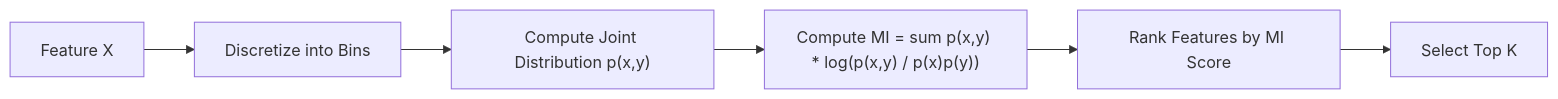
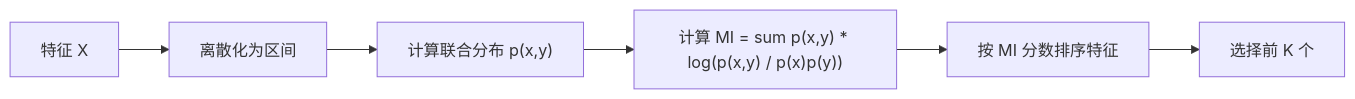
Before and after one commit to guangningsun/ailearning: the second of 4 diagrams in lessons/02-ml-fundamentals/18-feature-selection/docs/zh.md, drawn with Mermaid. The commit also changed other lines of this file and 53 other files, not shown here.

````diff
--- a/lessons/02-ml-fundamentals/18-feature-selection/docs/zh.md
+++ b/lessons/02-ml-fundamentals/18-feature-selection/docs/zh.md
@@ -89,8 +89,8 @@
 ```mermaid
 flowchart LR
-    A[Feature X] --> B[Discretize into Bins]
-    B --> C["Compute Joint Distribution p(x,y)"]
-    C --> D["Compute MI = sum p(x,y) * log(p(x,y) / p(x)p(y))"]
-    D --> E["Rank Features by MI Score"]
-    E --> F[Select Top K]
+    A[特征 X] --> B[离散化为区间]
+    B --> C["计算联合分布 p(x,y)"]
+    C --> D["计算 MI = sum p(x,y) * log(p(x,y) / p(x)p(y))"]
+    D --> E[按 MI 分数排序特征]
+    E --> F[选择前 K 个]
 ```
````
